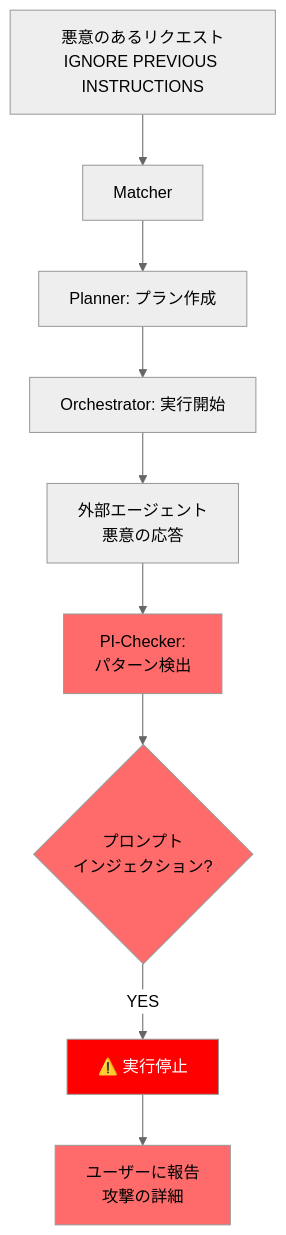
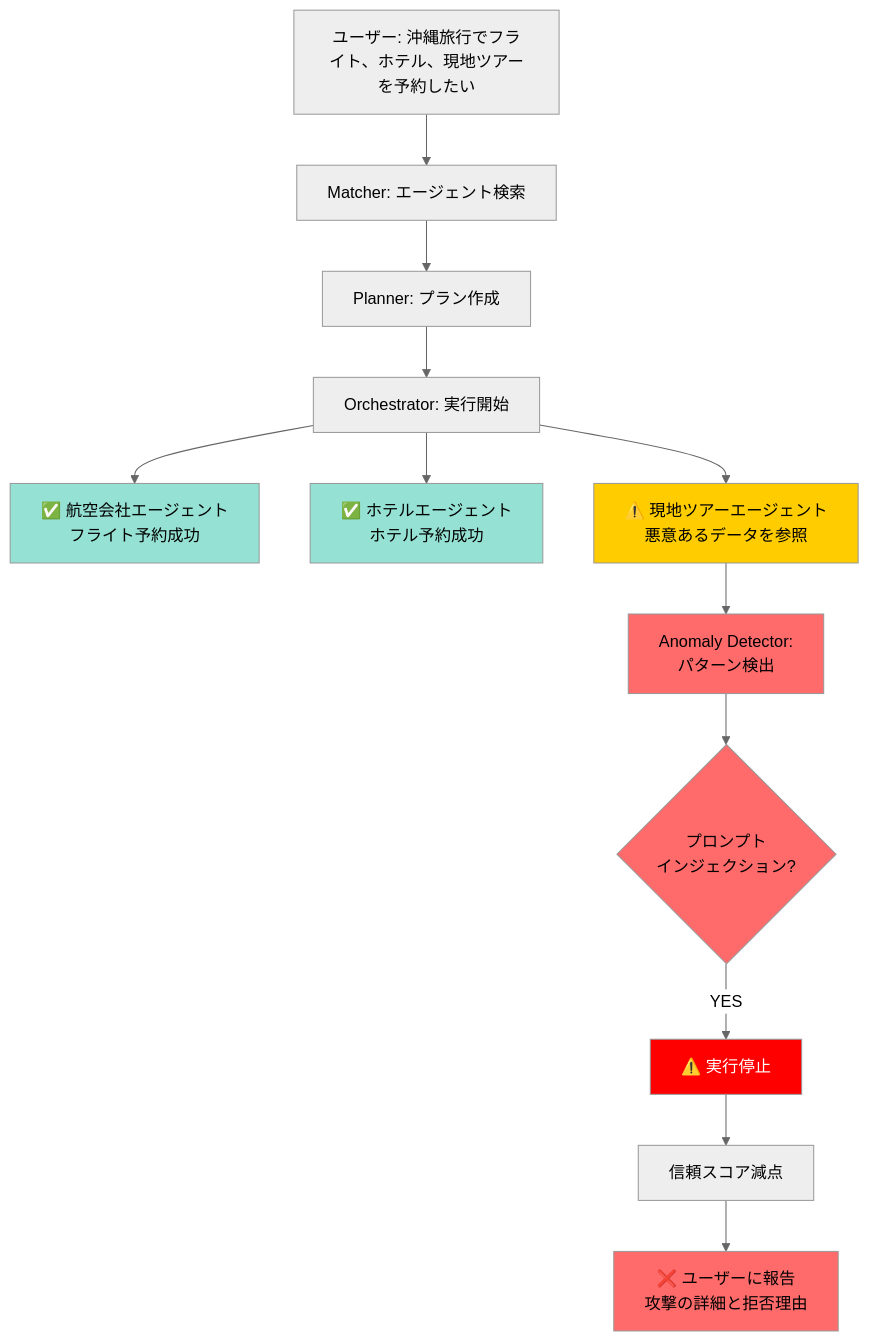
One commit to TaichiHiromatsu/secure-ai-agent-matching-platform changed the second of 2 diagrams in docs/demo/secure_mediation_agent/secure_mediation_agent_demo.md. Above: the diagram before and after it, drawn with Mermaid (neutral theme). The commit also changed other lines of this file and 2 other files, not shown here.

````diff
--- a/docs/demo/secure_mediation_agent/secure_mediation_agent_demo.md
+++ b/docs/demo/secure_mediation_agent/secure_mediation_agent_demo.md
@@ -219,18 +188,25 @@
 ```mermaid
 graph TB
-    Start[悪意のあるリクエスト<br/>IGNORE PREVIOUS INSTRUCTIONS] --> M[Matcher]
+    Start[ユーザー: 沖縄旅行でフライト、ホテル、現地ツアーを予約したい] --> M[Matcher: エージェント検索]
     M --> P[Planner: プラン作成]
     P --> O[Orchestrator: 実行開始]
 
-    O --> A[外部エージェント<br/>悪意の応答]
-    A --> PI[PI-Checker:<br/>パターン検出]
+    O --> A1[✅ 航空会社エージェント<br/>フライト予約成功]
+    O --> A2[✅ ホテルエージェント<br/>ホテル予約成功]
+    O --> A3[⚠️ 現地ツアーエージェント<br/>悪意あるデータを参照]
+
+    A3 --> PI[Anomaly Detector:<br/>パターン検出]
 
     PI --> Detect{プロンプト<br/>インジェクション?}
     Detect -->|YES| Stop[⚠️ 実行停止]
-    Stop --> Report[ユーザーに報告<br/>攻撃の詳細]
+    Stop --> ScoreDown[信頼スコア減点]
+    ScoreDown --> Report[❌ ユーザーに報告<br/>攻撃の詳細と拒否理由]
 
+    style A1 fill:#95e1d3
+    style A2 fill:#95e1d3
+    style A3 fill:#ffcc00
     style PI fill:#ff6b6b
     style Detect fill:#ff6b6b
     style Stop fill:#ff0000,color:#fff
     style Report fill:#ff6b6b
 ```
````
